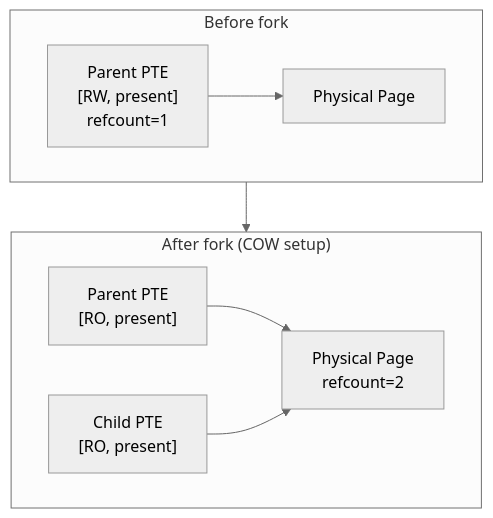
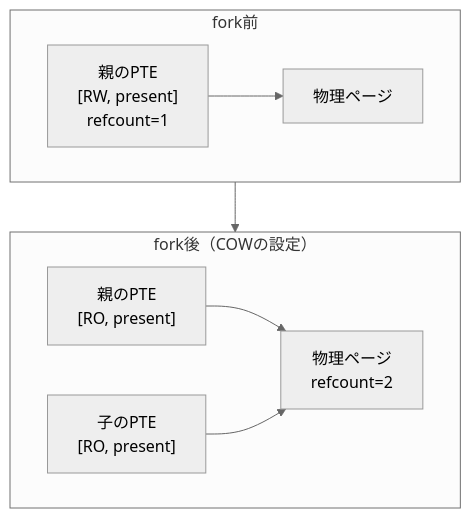
The third of 9 diagrams in docs/mm/fork.md (doguto/linux-kernel-internals-jp), drawn with Mermaid (neutral theme) before and after one commit. The commit also changed other lines of this file and 3 other files, not shown here.

````diff
--- a/docs/mm/fork.md
+++ b/docs/mm/fork.md
@@ -208,18 +208,18 @@
 ```mermaid
 flowchart TB
-    subgraph before["Before fork"]
-        PPTE1["Parent PTE<br/>[RW, present]<br/>refcount=1"]
-        PAGE1["Physical Page"]
+    subgraph before["fork前"]
+        PPTE1["親のPTE<br/>[RW, present]<br/>refcount=1"]
+        PAGE1["物理ページ"]
         PPTE1 --> PAGE1
     end
 
-    subgraph after["After fork (COW setup)"]
-        PPTE2["Parent PTE<br/>[RO, present]"]
-        PAGE2["Physical Page<br/>refcount=2"]
-        CPTE["Child PTE<br/>[RO, present]"]
+    subgraph after["fork後（COWの設定）"]
+        PPTE2["親のPTE<br/>[RO, present]"]
+        PAGE2["物理ページ<br/>refcount=2"]
+        CPTE["子のPTE<br/>[RO, present]"]
         PPTE2 --> PAGE2
         CPTE --> PAGE2
     end
 
     before --> after
 ```
````
